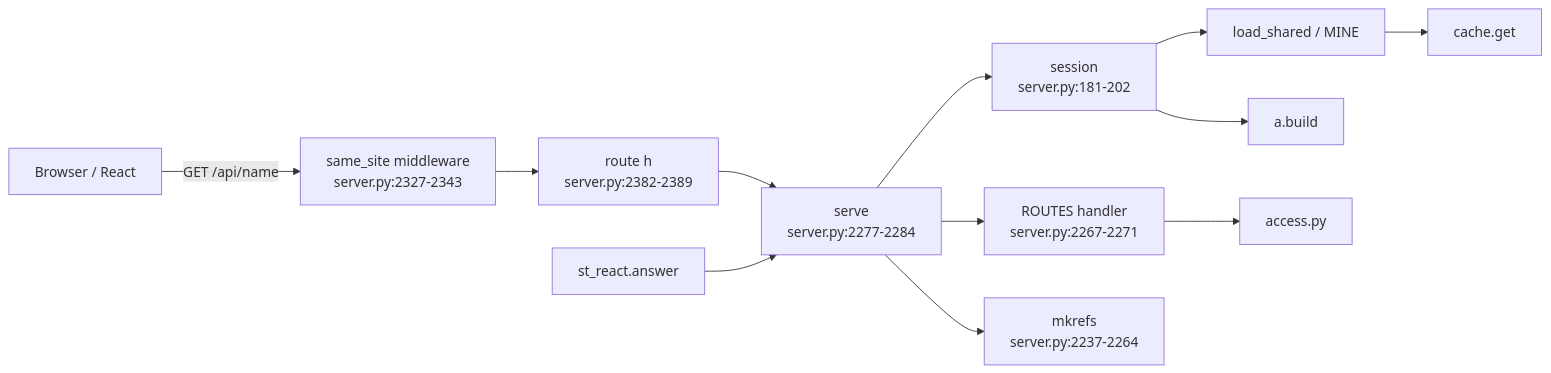
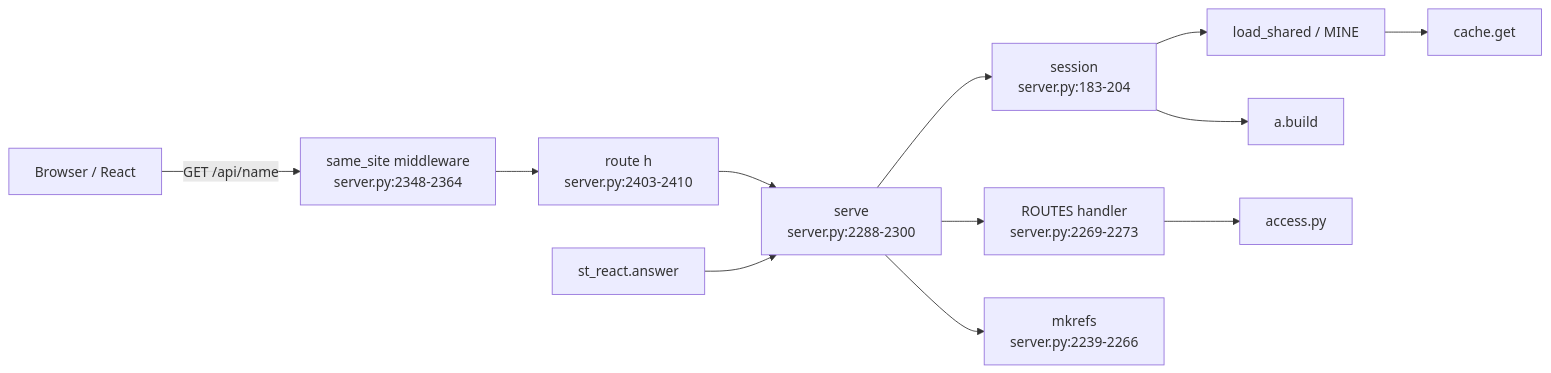
The first of 2 diagrams in snowflake-access-explorer-knowledge-graph/modules/server.md (darshanmeel/snowflake-access-explorer), drawn with Mermaid before and after one commit. The commit also changed other lines of this file and 73 other files, not shown here.

Commit message:
Knowledge graph: review fixes (escaped SQL names, CSV head rows, own queries out in Snowflake, UTC window, snapshot re-read, answer cache, docs)

````diff
--- a/snowflake-access-explorer-knowledge-graph/modules/server.md
+++ b/snowflake-access-explorer-knowledge-graph/modules/server.md
@@ -6,14 +6,14 @@
 ```mermaid
 flowchart LR
-  B[Browser / React] -->|GET /api/name| MW[same_site middleware<br/>server.py:2327-2343]
-  MW --> R[route h<br/>server.py:2382-2389]
-  R --> SV[serve<br/>server.py:2277-2284]
-  SV --> SE[session<br/>server.py:181-202]
+  B[Browser / React] -->|GET /api/name| MW[same_site middleware<br/>server.py:2348-2364]
+  MW --> R[route h<br/>server.py:2403-2410]
+  R --> SV[serve<br/>server.py:2288-2300]
+  SV --> SE[session<br/>server.py:183-204]
   SE --> LS[load_shared / MINE]
   LS --> C[cache.get]
   SE --> AB[a.build]
-  SV --> H[ROUTES handler<br/>server.py:2267-2271]
+  SV --> H[ROUTES handler<br/>server.py:2269-2273]
   H --> A[access.py]
-  SV --> MK[mkrefs<br/>server.py:2237-2264]
+  SV --> MK[mkrefs<br/>server.py:2239-2266]
   ST[st_react.answer] --> SV
 ```
````
